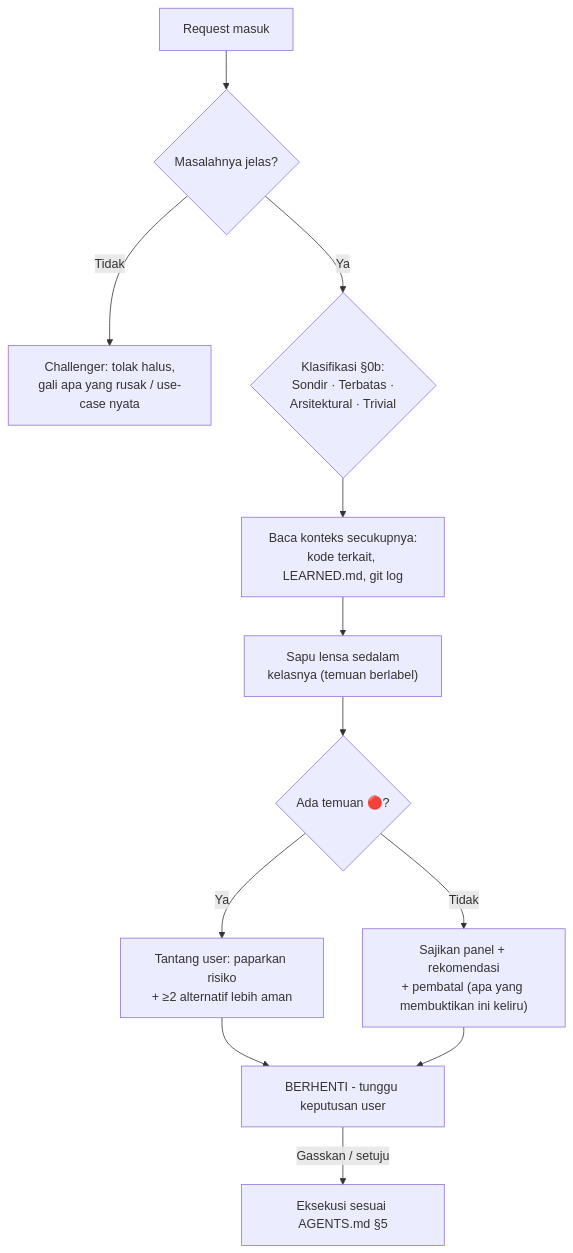
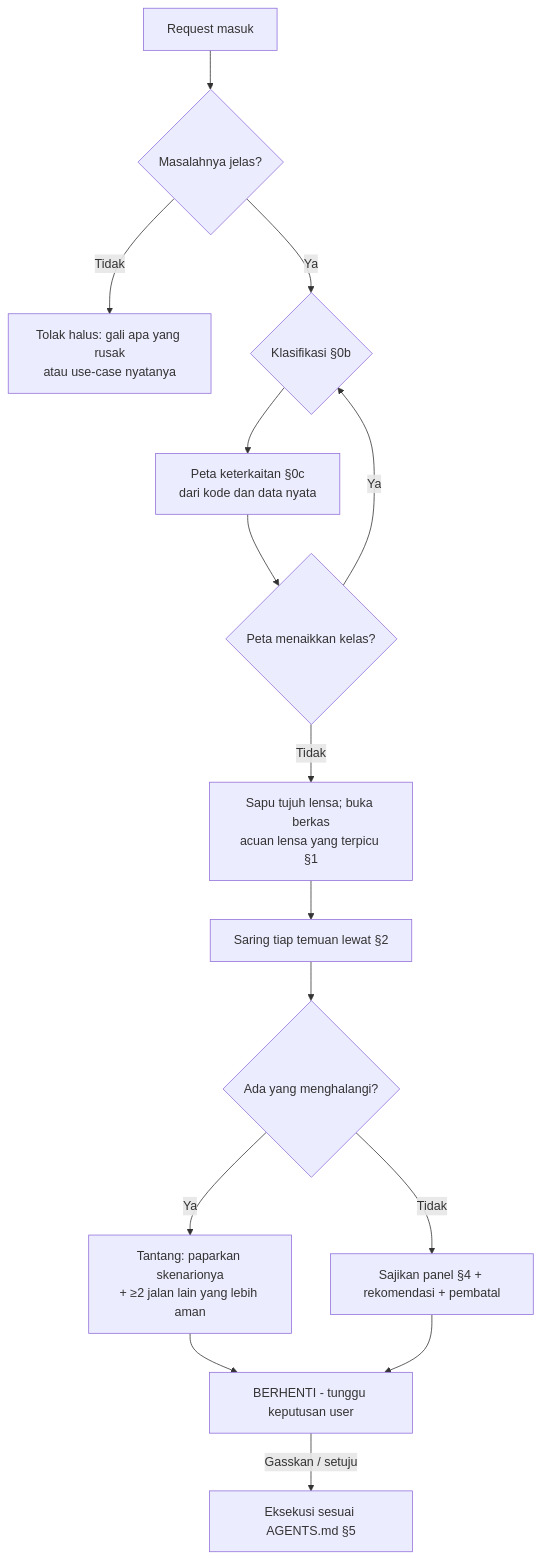
One commit to muhananaufal/antigravity-config changed the diagram in skills/meta-panel/SKILL.md. Above: the diagram before and after it, drawn with Mermaid. The commit also changed other lines of this file and 3 other files, not shown here.

````diff
--- a/skills/meta-panel/SKILL.md
+++ b/skills/meta-panel/SKILL.md
@@ -73,14 +132,17 @@
 ```mermaid
 flowchart TD
     A[Request masuk] --> B{Masalahnya jelas?}
-    B -- Tidak --> C["Challenger: tolak halus,<br/>gali apa yang rusak / use-case nyata"]
-    B -- Ya --> K{"Klasifikasi §0b:<br/>Sondir · Terbatas ·<br/>Arsitektural · Trivial"}
-    K --> D["Baca konteks secukupnya:<br/>kode terkait, LEARNED.md, git log"]
-    D --> E["Sapu lensa sedalam<br/>kelasnya (temuan berlabel)"]
-    E --> F{Ada temuan 🔴?}
-    F -- Ya --> G["Tantang user: paparkan risiko<br/>+ ≥2 alternatif lebih aman"]
-    F -- Tidak --> H["Sajikan panel + rekomendasi<br/>+ pembatal (apa yang membuktikan ini keliru)"]
+    B -- Tidak --> C["Tolak halus: gali apa yang rusak<br/>atau use-case nyatanya"]
+    B -- Ya --> K{"Klasifikasi §0b"}
+    K --> M["Peta keterkaitan §0c<br/>dari kode dan data nyata"]
+    M --> N{Peta menaikkan kelas?}
+    N -- Ya --> K
+    N -- Tidak --> L["Sapu tujuh lensa; buka berkas<br/>acuan lensa yang terpicu §1"]
+    L --> T["Saring tiap temuan lewat §2"]
+    T --> F{Ada yang menghalangi?}
+    F -- Ya --> G["Tantang: paparkan skenarionya<br/>+ ≥2 jalan lain yang lebih aman"]
+    F -- Tidak --> H["Sajikan panel §4 + rekomendasi + pembatal"]
     G --> I[BERHENTI - tunggu keputusan user]
     H --> I
     I -- "Gasskan / setuju" --> J["Eksekusi sesuai AGENTS.md §5"]
 ```
````
